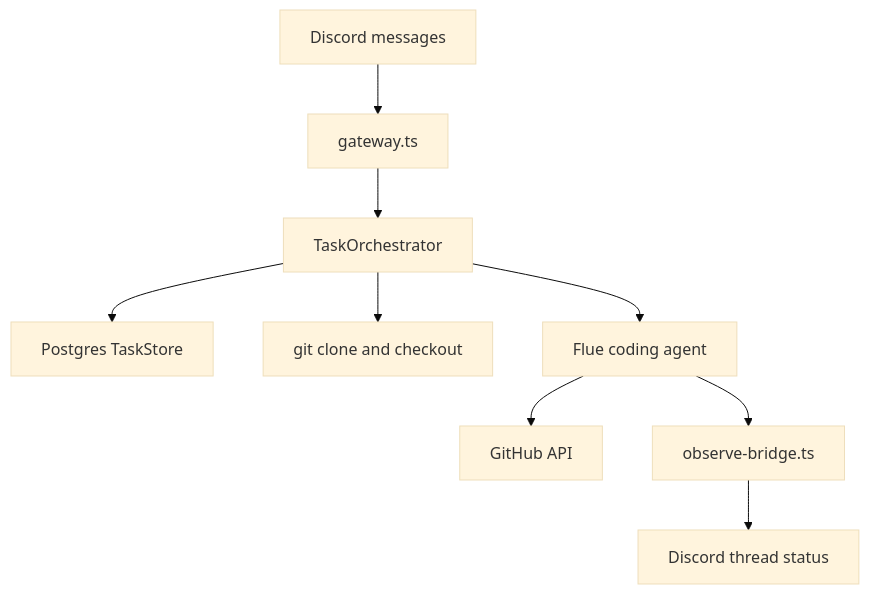
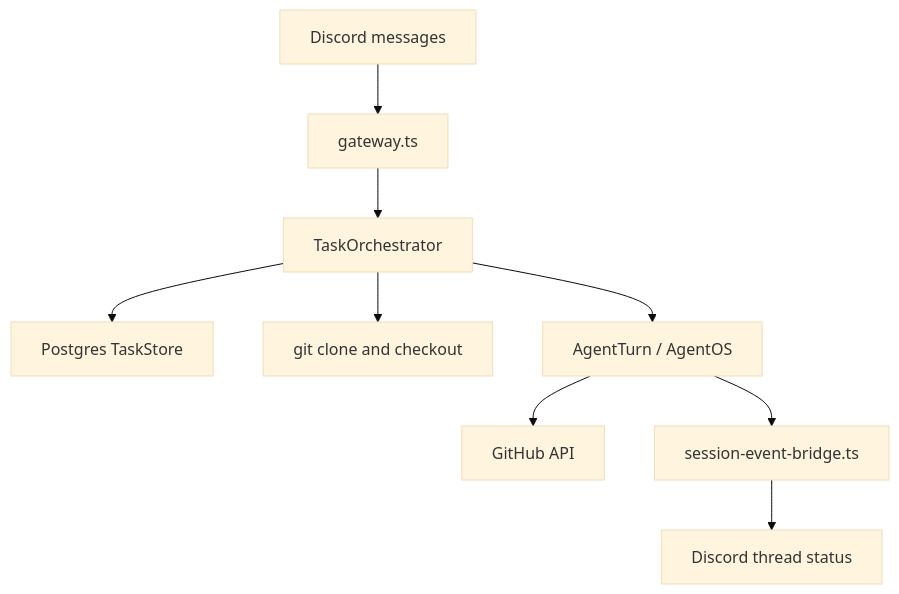
The diagram in README.md (prathamdby/threadcord), drawn with Mermaid (base theme) before and after one commit. The commit also changed other lines of this file and 60 other files, not shown here.

First line of the commit message:
feat: remove Flue runtime and wire AgentOS

````diff
--- a/README.md
+++ b/README.md
@@ -246,11 +246,11 @@
 ```mermaid
 flowchart TD
   discord["Discord messages"] --> gateway["gateway.ts"]
   gateway --> orchestrator["TaskOrchestrator"]
   orchestrator --> store["Postgres TaskStore"]
   orchestrator --> bootstrap["git clone and checkout"]
-  orchestrator --> flue["Flue coding agent"]
-  flue --> githubApi["GitHub API"]
-  flue --> observe["observe-bridge.ts"]
-  observe --> thread["Discord thread status"]
+  orchestrator --> agentturn["AgentTurn / AgentOS"]
+  agentturn --> githubApi["GitHub API"]
+  agentturn --> bridge["session-event-bridge.ts"]
+  bridge --> thread["Discord thread status"]
 ```
````
